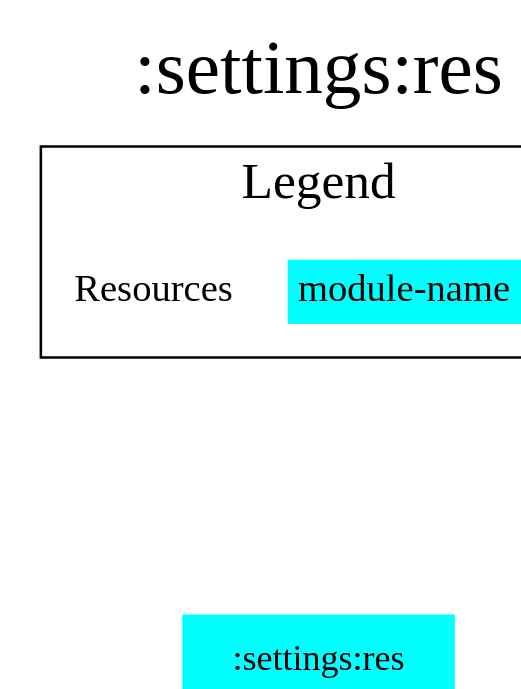
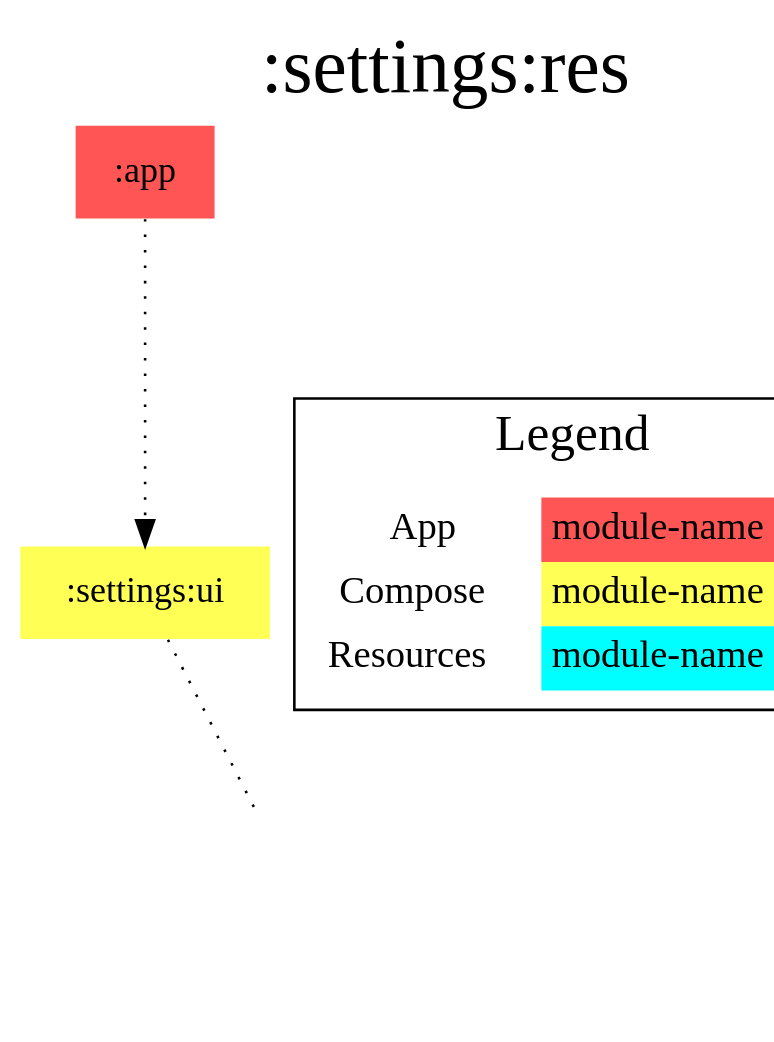
Before and after one commit to jonapoul/aktual: the diagram in modules/settings/res/modules.dot, drawn with Graphviz. The commit also changed 134 other files, not shown here.

Commit message:
Use gradle caching for module diagrams

```diff
--- a/modules/settings/res/modules.dot
+++ b/modules/settings/res/modules.dot
@@ -1,20 +1,26 @@
 digraph {
 edge ["dir"="forward"]
 graph ["dpi"="100","label"=":settings:res","labelloc"="t","fontsize"="30","ranksep"="1.5","rankdir"="TB"]
 node ["style"="filled"]
-":settings:res" ["fillcolor"="#00FFFF","shape"="none"]
+":app" ["fillcolor"="#FF5555","shape"="none"]
+":settings:res" ["fillcolor"="#00FFFF","color"="black","penwidth"="3","shape"="box"]
+":settings:ui" ["fillcolor"="#FFFF55","shape"="none"]
 {
 edge ["dir"="none"]
 graph ["rank"="same"]
 ":settings:res"
 }
+":app" -> ":settings:ui" ["style"="dotted"]
+":settings:ui" -> ":settings:res" ["style"="dotted"]
 subgraph "cluster_legend" {
 edge ["dir"="none"]
 graph ["label"="Legend","fontsize"="20"]
 "Legend" ["style"="filled","fillcolor"="#FFFFFF","shape"="none","margin"="0","fontsize"="15","label"=<
 <TABLE BORDER="0" CELLBORDER="0" CELLSPACING="0" CELLPADDING="4">
+<TR><TD>App</TD><TD BGCOLOR="#FF5555">module-name</TD></TR>
+<TR><TD>Compose</TD><TD BGCOLOR="#FFFF55">module-name</TD></TR>
 <TR><TD>Resources</TD><TD BGCOLOR="#00FFFF">module-name</TD></TR>
 </TABLE>
 >]
 } -> ":settings:res" ["style"="invis"]
 }
```
